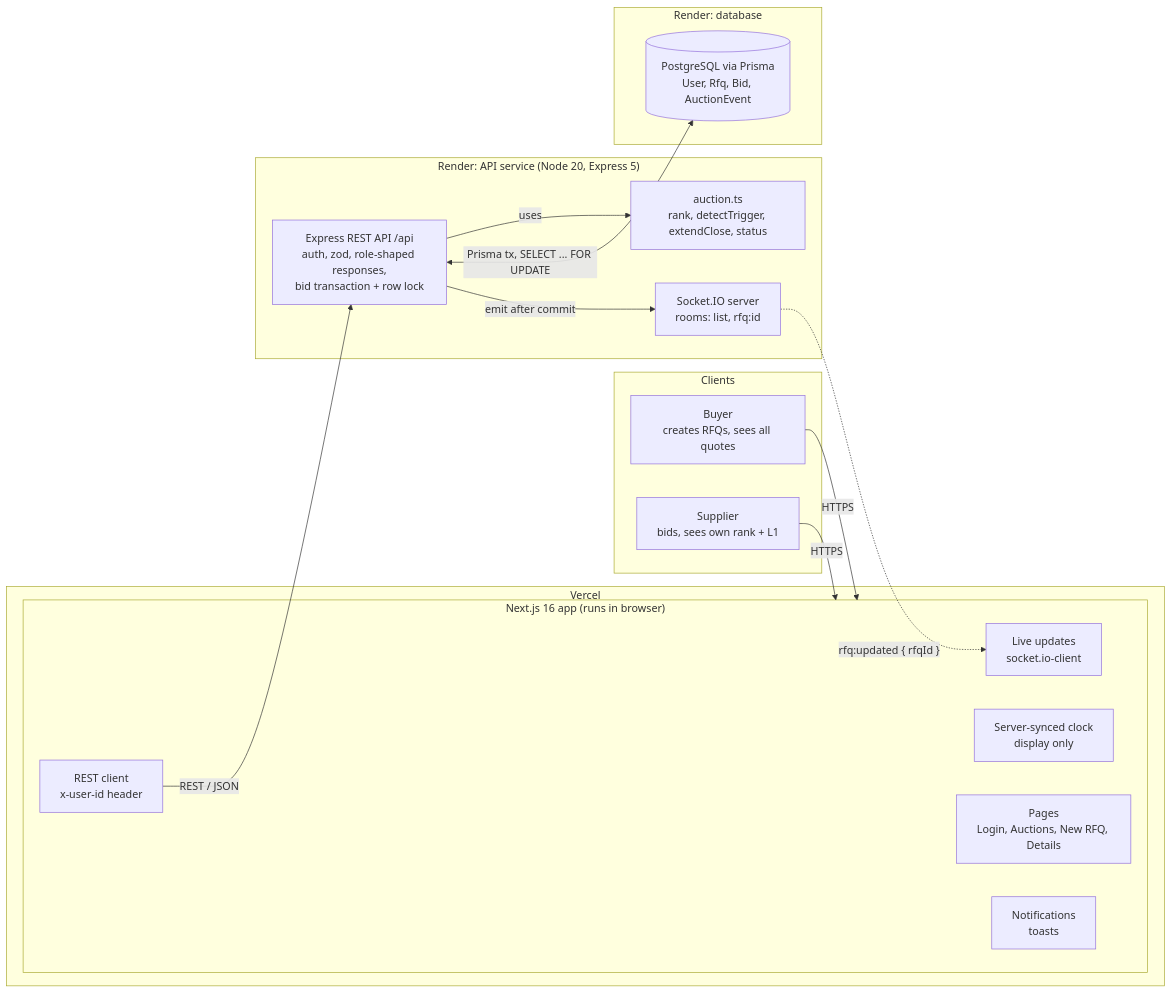
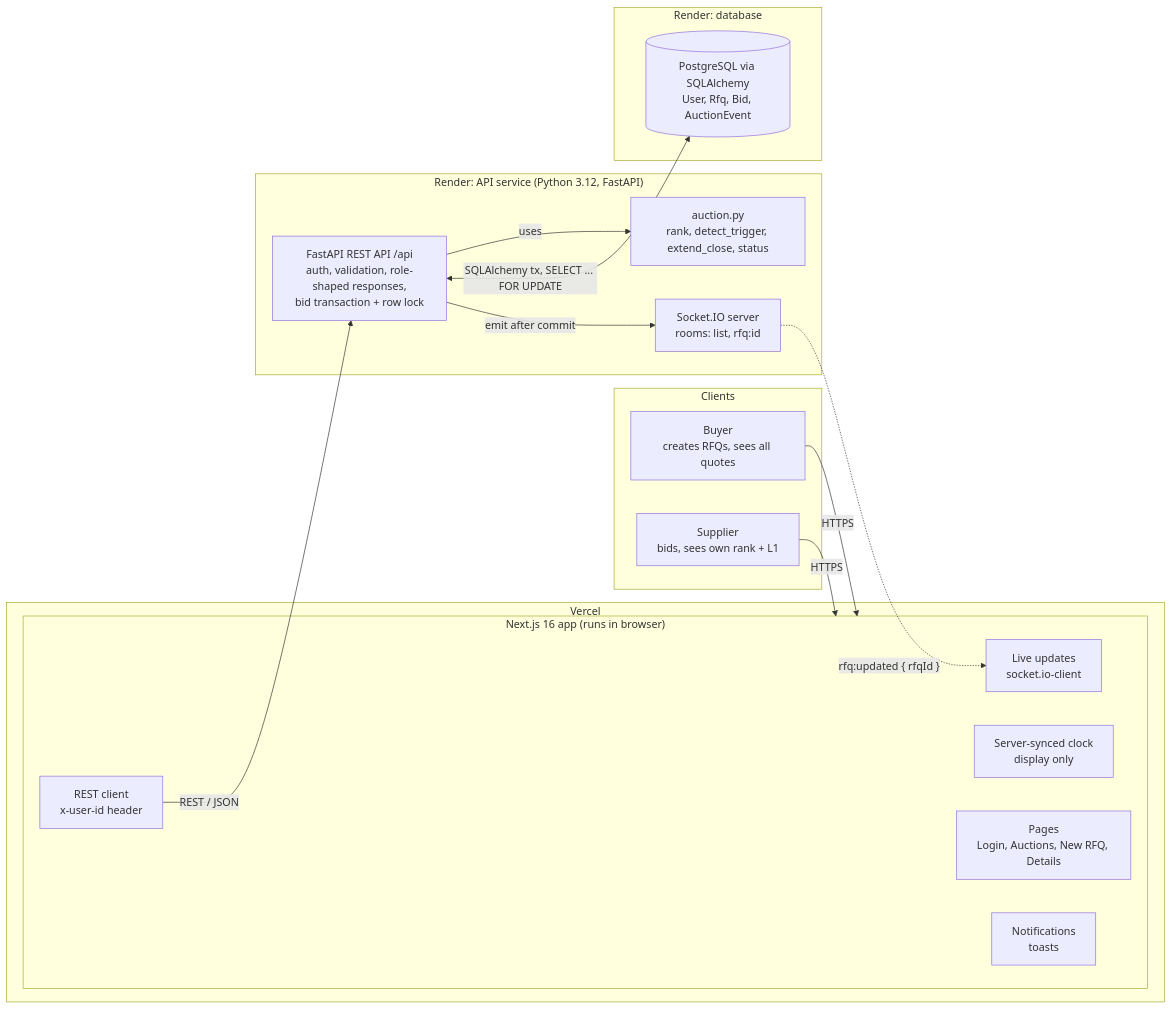
Before and after one commit to Ipsita-Mondal-30/british-auction: the first of 2 diagrams in docs/ARCHITECTURE_DIAGRAM_PROMPT.md, drawn with Mermaid. The commit also changed other lines of this file and 33 other files, not shown here.

First line of the commit message:
refactor: migrate backend from Node/Express to Python/FastAPI

````diff
--- a/docs/ARCHITECTURE_DIAGRAM_PROMPT.md
+++ b/docs/ARCHITECTURE_DIAGRAM_PROMPT.md
@@ -112,35 +112,35 @@
 ```mermaid
 flowchart LR
     subgraph Clients
         buyer["Buyer<br/>creates RFQs, sees all quotes"]
         supplier["Supplier<br/>bids, sees own rank + L1"]
     end
 
     subgraph Vercel
         subgraph web["Next.js 16 app (runs in browser)"]
             pages["Pages<br/>Login, Auctions, New RFQ, Details"]
             client["REST client<br/>x-user-id header"]
             clock["Server-synced clock<br/>display only"]
             live["Live updates<br/>socket.io-client"]
             toasts["Notifications<br/>toasts"]
         end
     end
 
-    subgraph Render_API["Render: API service (Node 20, Express 5)"]
-        api["Express REST API /api<br/>auth, zod, role-shaped responses,<br/>bid transaction + row lock"]
-        domain["auction.ts<br/>rank, detectTrigger, extendClose, status"]
+    subgraph Render_API["Render: API service (Python 3.12, FastAPI)"]
+        api["FastAPI REST API /api<br/>auth, validation, role-shaped responses,<br/>bid transaction + row lock"]
+        domain["auction.py<br/>rank, detect_trigger, extend_close, status"]
         ws["Socket.IO server<br/>rooms: list, rfq:id"]
     end
 
     subgraph Render_DB["Render: database"]
-        db[("PostgreSQL via Prisma<br/>User, Rfq, Bid, AuctionEvent")]
+        db[("PostgreSQL via SQLAlchemy<br/>User, Rfq, Bid, AuctionEvent")]
     end
 
     buyer -- HTTPS --> web
     supplier -- HTTPS --> web
     client -- "REST / JSON" --> api
     api -- uses --> domain
-    api <-- "Prisma tx, SELECT ... FOR UPDATE" --> db
+    api <-- "SQLAlchemy tx, SELECT ... FOR UPDATE" --> db
     api -- "emit after commit" --> ws
     ws -. "rfq:updated { rfqId }" .-> live
 ```
````
